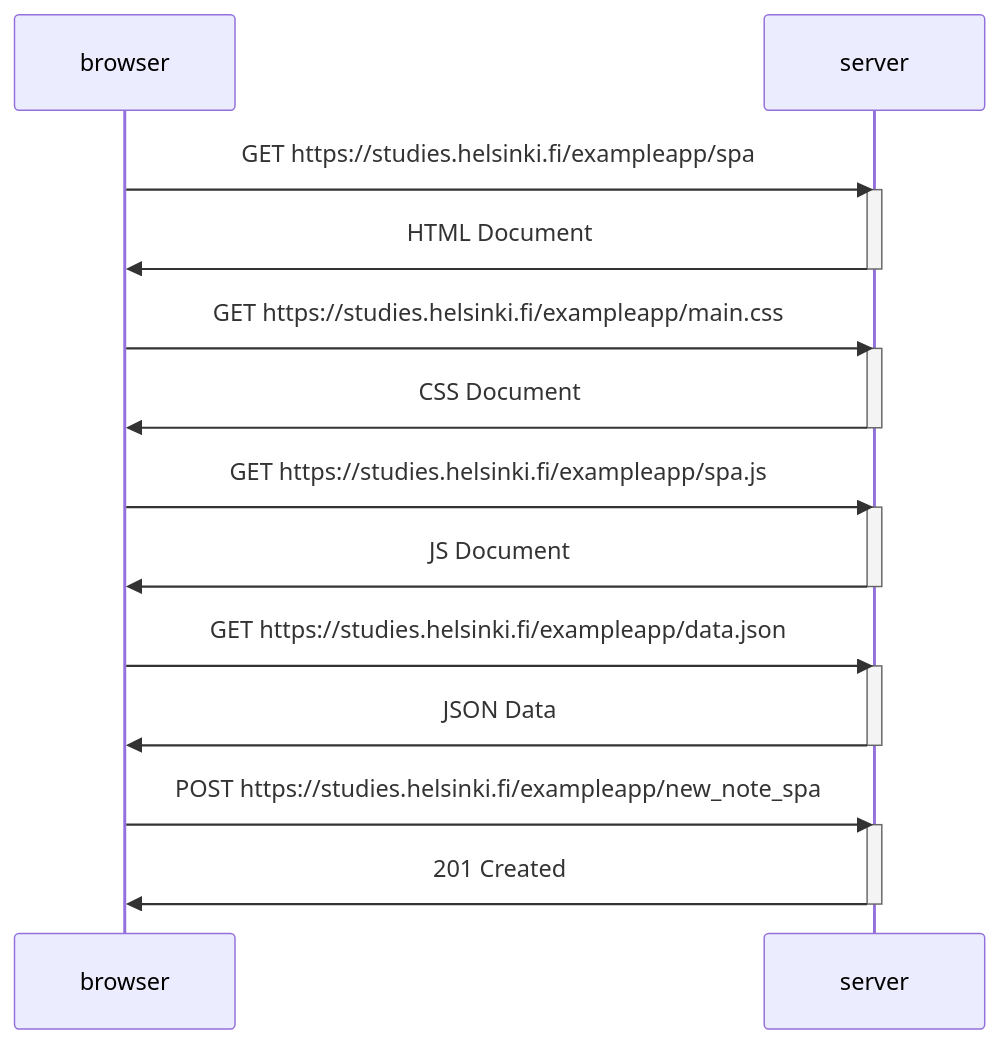
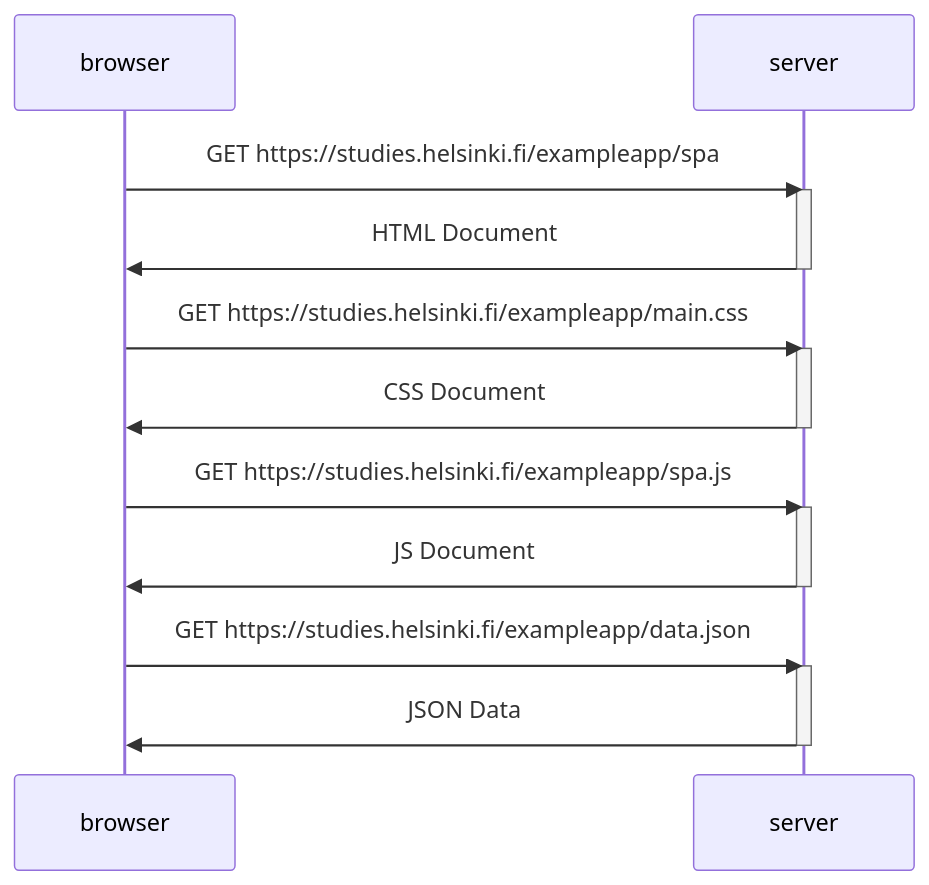
One commit to lokeyoaki/fullstackopen_0 changed the diagram in exercise_0.5/diagram.md. Above: the diagram before and after it, drawn with Mermaid.

Commit message:
remove unwanted

````diff
--- a/exercise_0.5/diagram.md
+++ b/exercise_0.5/diagram.md
@@ -1,30 +1,25 @@
 ```mermaid
     sequenceDiagram
         participant browser
         participant server
 
         browser->>server: GET https://studies.helsinki.fi/exampleapp/spa
         activate server
         server->>browser: HTML Document
         deactivate server
 
         browser->>server: GET https://studies.helsinki.fi/exampleapp/main.css
         activate server
         server->>browser: CSS Document
         deactivate server
 
         browser->>server: GET https://studies.helsinki.fi/exampleapp/spa.js
         activate server
         server->>browser: JS Document
         deactivate server
 
         browser->>server: GET https://studies.helsinki.fi/exampleapp/data.json
         activate server
         server->>browser: JSON Data
         deactivate server
-
-        browser->>server: POST https://studies.helsinki.fi/exampleapp/new_note_spa
-        activate server
-        server->>browser: 201 Created
-        deactivate server
 ```
````
